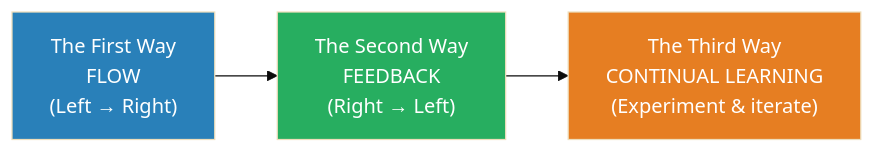
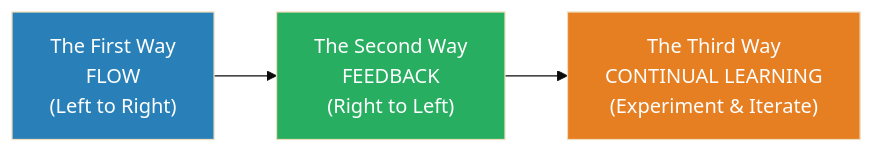
Before and after one commit to alius33/reader: the first of 6 diagrams in summaries/Leadership & Management/The Phoenix Project - Gene Kim.md, drawn with Mermaid (base theme). The commit also changed other lines of this file and 272 other files, not shown here.

````diff
--- a/summaries/Leadership & Management/The Phoenix Project - Gene Kim.md
+++ b/summaries/Leadership & Management/The Phoenix Project - Gene Kim.md
@@ -28,8 +35,8 @@
 ```mermaid
 flowchart LR
-    A["The First Way\nFLOW\n(Left → Right)"] --> B["The Second Way\nFEEDBACK\n(Right → Left)"]
-    B --> C["The Third Way\nCONTINUAL LEARNING\n(Experiment & iterate)"]
+    A["The First Way<br>FLOW<br>(Left to Right)"] --> B["The Second Way<br>FEEDBACK<br>(Right to Left)"]
+    B --> C["The Third Way<br>CONTINUAL LEARNING<br>(Experiment & Iterate)"]
     style A fill:#2980b9,color:#fff
     style B fill:#27ae60,color:#fff
     style C fill:#e67e22,color:#fff
 ```
````
